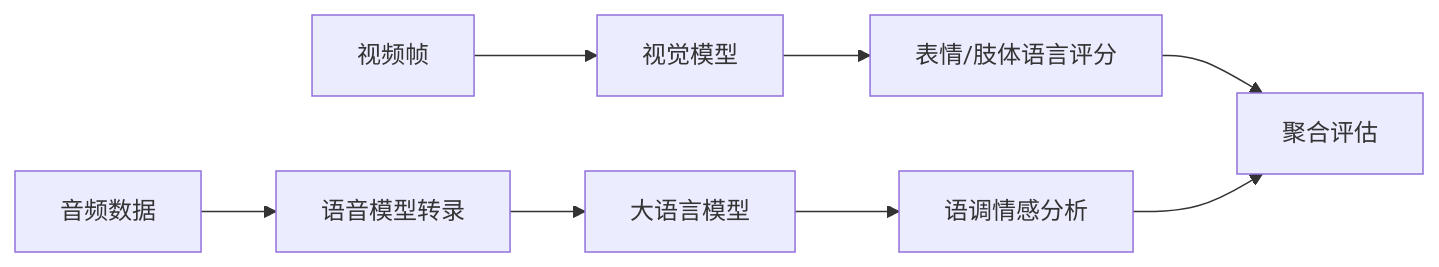
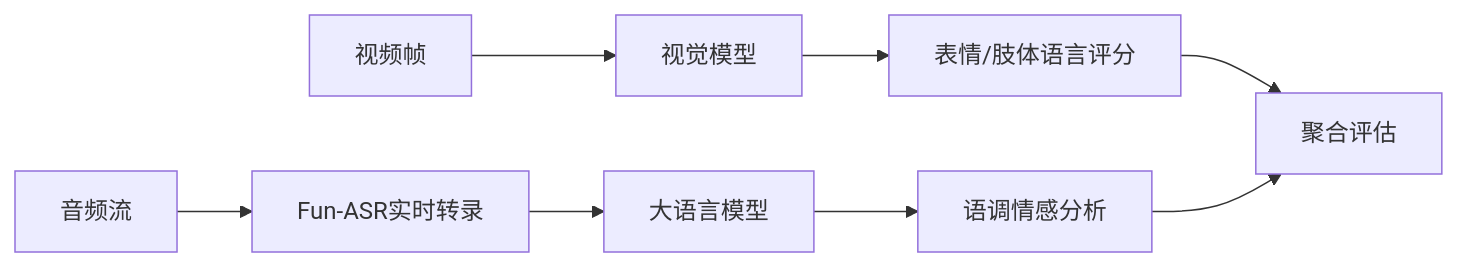
The third of 4 diagrams in README.md (zunff/interview-agent), drawn with Mermaid before and after one commit. The commit also changed other lines of this file and 21 other files, not shown here.

````diff
--- a/README.md
+++ b/README.md
@@ -121,7 +121,7 @@
 ```mermaid
 graph LR
     VIDEO["视频帧"] --> VISION["视觉模型"] --> SCORE1["表情/肢体语言评分"]
-    AUDIO["音频数据"] --> ASR["语音模型转录"] --> LLM["大语言模型"] --> SCORE2["语调情感分析"]
+    AUDIO["音频流"] --> ASR["Fun-ASR实时转录"] --> LLM["大语言模型"] --> SCORE2["语调情感分析"]
     SCORE1 --> AGG["聚合评估"]
     SCORE2 --> AGG
 ```
````
